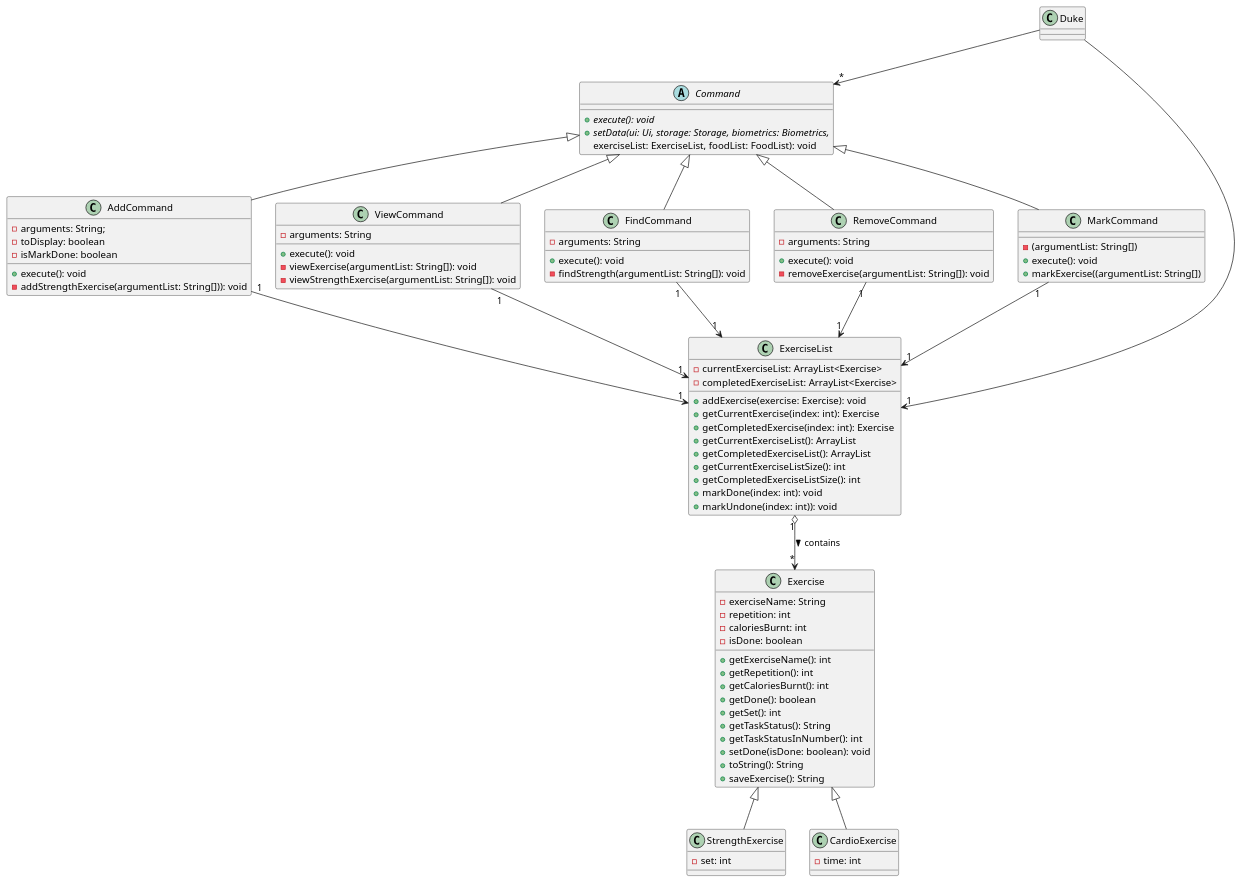
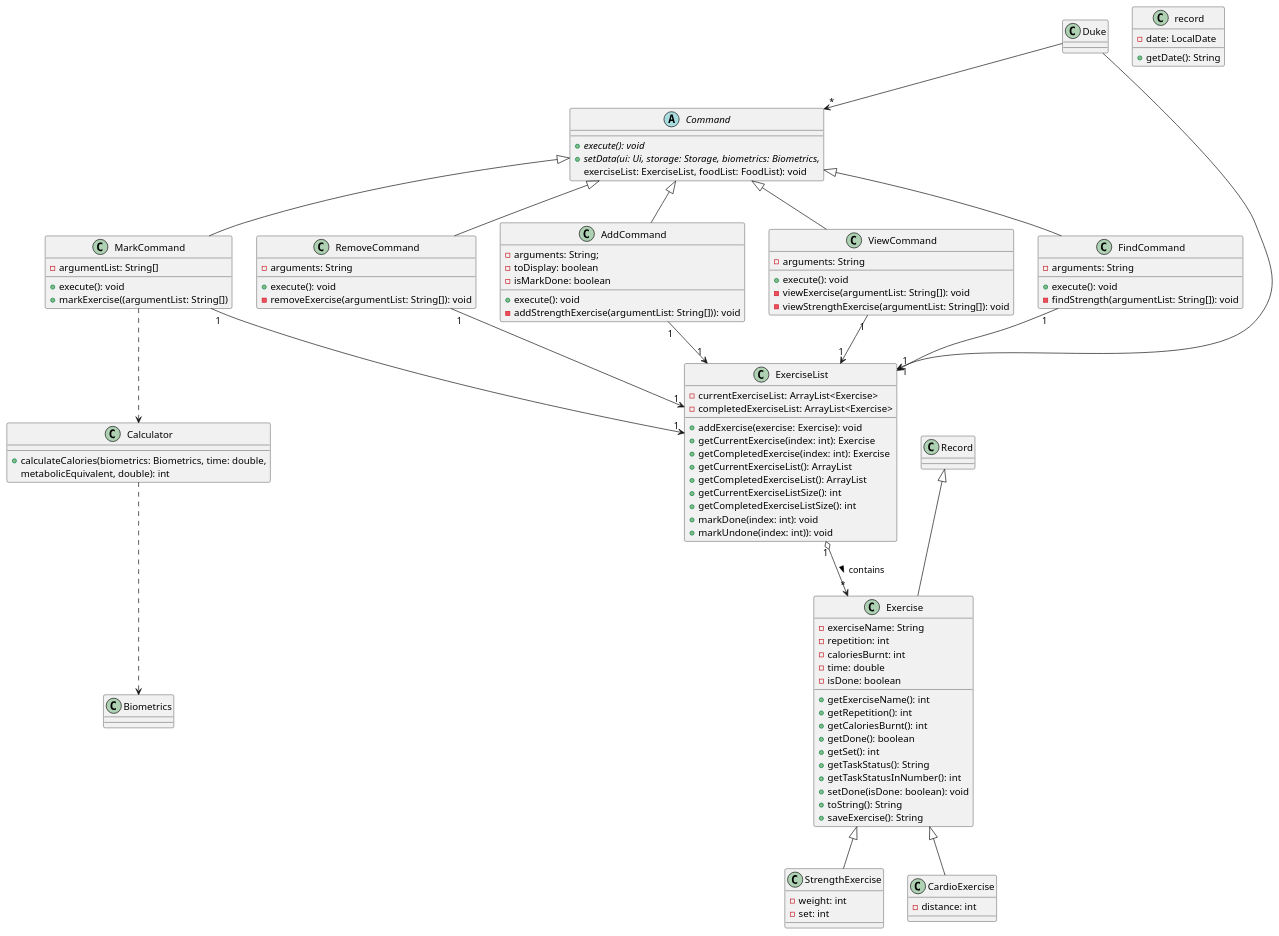
The diagram in docs/UmlDiagrams/StrengthExercise.puml (nus-cs2113-AY2223S1/tp), drawn with PlantUML before and after one commit. The commit also changed 8 other files, not shown here.

Commit message:
Add mark exercise and  add strength exercise to developer guide

```diff
--- a/docs/UmlDiagrams/StrengthExercise.puml
+++ b/docs/UmlDiagrams/StrengthExercise.puml
@@ -1,99 +1,114 @@
 @startuml
 'https://plantuml.com/class-diagram
 
 abstract class Command {
 {abstract} +execute(): void
 {abstract} +setData(ui: Ui, storage: Storage, biometrics: Biometrics,
 exerciseList: ExerciseList, foodList: FoodList): void
 }
 
 class ExerciseList {
 -currentExerciseList: ArrayList<Exercise>
 -completedExerciseList: ArrayList<Exercise>
 +addExercise(exercise: Exercise): void
 +getCurrentExercise(index: int): Exercise
 +getCompletedExercise(index: int): Exercise
 +getCurrentExerciseList(): ArrayList
 +getCompletedExerciseList(): ArrayList
 +getCurrentExerciseListSize(): int
 +getCompletedExerciseListSize(): int
 +markDone(index: int): void
 +markUndone(index: int)): void
 }
 
+class record {
+-date: LocalDate
++getDate(): String
+}
+
 class Exercise {
 -exerciseName: String
 -repetition: int
 -caloriesBurnt: int
+-time: double
 -isDone: boolean
 +getExerciseName(): int
 +getRepetition(): int
 +getCaloriesBurnt(): int
 +getDone(): boolean
 +getSet(): int
 +getTaskStatus(): String
 +getTaskStatusInNumber(): int
 +setDone(isDone: boolean): void
 +toString(): String
 +saveExercise(): String
 }
 
 class StrengthExercise {
+-weight: int
 -set: int
 }
 
 class CardioExercise{
--time: int
+-distance: int
 }
 
 class AddCommand {
 -arguments: String;
 -toDisplay: boolean
 -isMarkDone: boolean
 +execute(): void
 -addStrengthExercise(argumentList: String[])): void
 }
 
 class ViewCommand {
 -arguments: String
 +execute(): void
 -viewExercise(argumentList: String[]): void
 -viewStrengthExercise(argumentList: String[]): void
 }
 
 class FindCommand {
 -arguments: String
 +execute(): void
 -findStrength(argumentList: String[]): void
 }
 
 class RemoveCommand {
 -arguments: String
 +execute(): void
 -removeExercise(argumentList: String[]): void
 }
 
 class MarkCommand {
--(argumentList: String[])
+-argumentList: String[]
 +execute(): void
 +markExercise((argumentList: String[])
+}
+
+class Calculator {
++calculateCalories(biometrics: Biometrics, time: double,
+metabolicEquivalent, double): int
 }
 
 Duke --> "1"ExerciseList
 Duke --> "*"Command
 Command <|-- AddCommand
 Command <|-- MarkCommand
 Command <|-- ViewCommand
 Command <|-- RemoveCommand
 Command <|-- FindCommand
+Record <|-- Exercise
 ExerciseList "1" o--> "*"Exercise : contains >
 Exercise <|-- StrengthExercise
 Exercise <|-- CardioExercise
 AddCommand "1"--> "1"ExerciseList
 MarkCommand "1"--> "1"ExerciseList
+MarkCommand ..> Calculator
+Calculator ..> Biometrics
 ViewCommand "1"--> "1"ExerciseList
 RemoveCommand "1"--> "1"ExerciseList
 FindCommand "1"--> "1"ExerciseList
 
 
 @enduml
```
